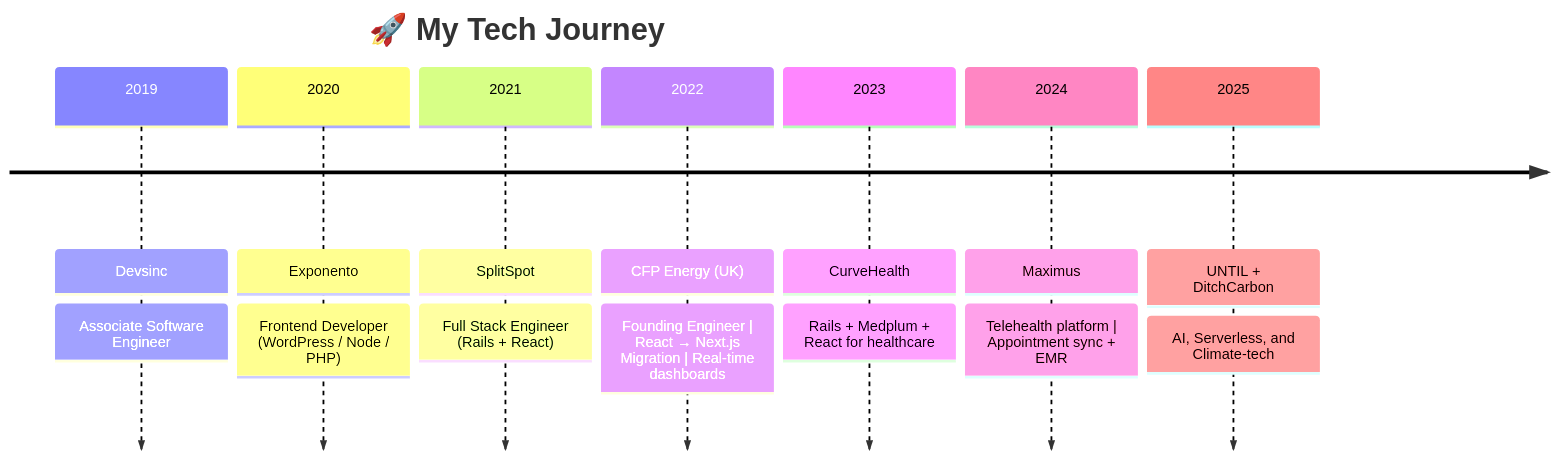
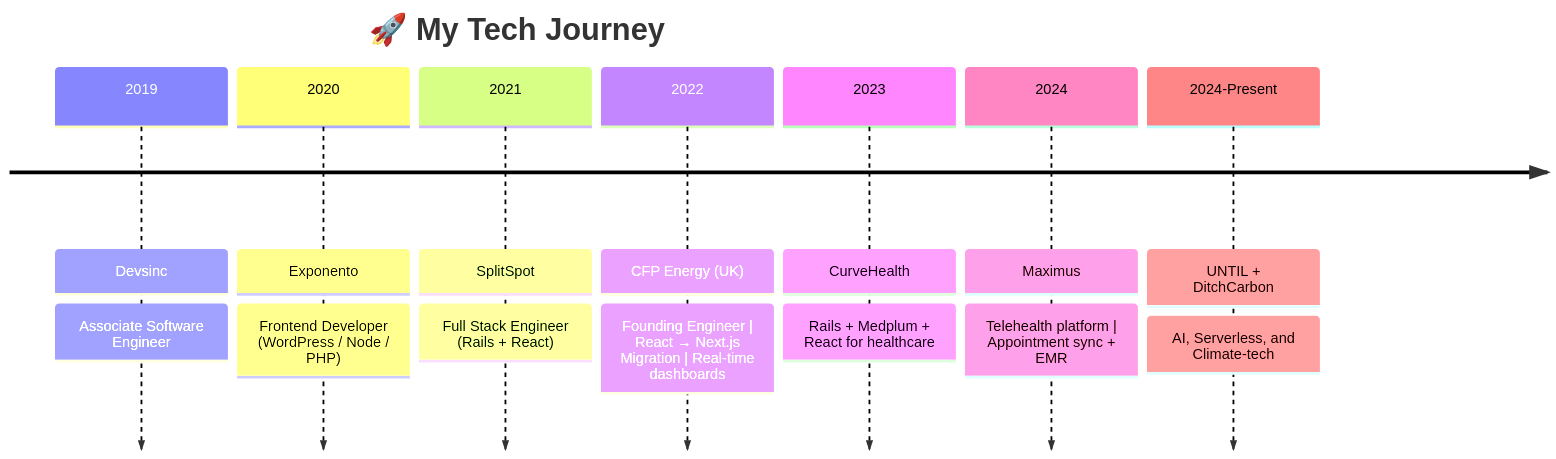
The diagram in README.md (ZeeshanAhmedoff1997/ZeeshanAhmedoff1997), drawn with Mermaid before and after one commit. The commit also changed other lines of this file, not shown here.

````diff
--- a/README.md
+++ b/README.md
@@ -35,11 +39,11 @@
 ```mermaid
 timeline
     title 🚀 My Tech Journey
     2019 : Devsinc : Associate Software Engineer
     2020 : Exponento : Frontend Developer (WordPress / Node / PHP)
     2021 : SplitSpot : Full Stack Engineer (Rails + React)
     2022 : CFP Energy (UK) : Founding Engineer | React → Next.js Migration | Real-time dashboards
     2023 : CurveHealth : Rails + Medplum + React for healthcare
     2024 : Maximus : Telehealth platform | Appointment sync + EMR
-    2025 : UNTIL + DitchCarbon : AI, Serverless, and Climate-tech
+    2024-Present : UNTIL + DitchCarbon : AI, Serverless, and Climate-tech
 ```
````
